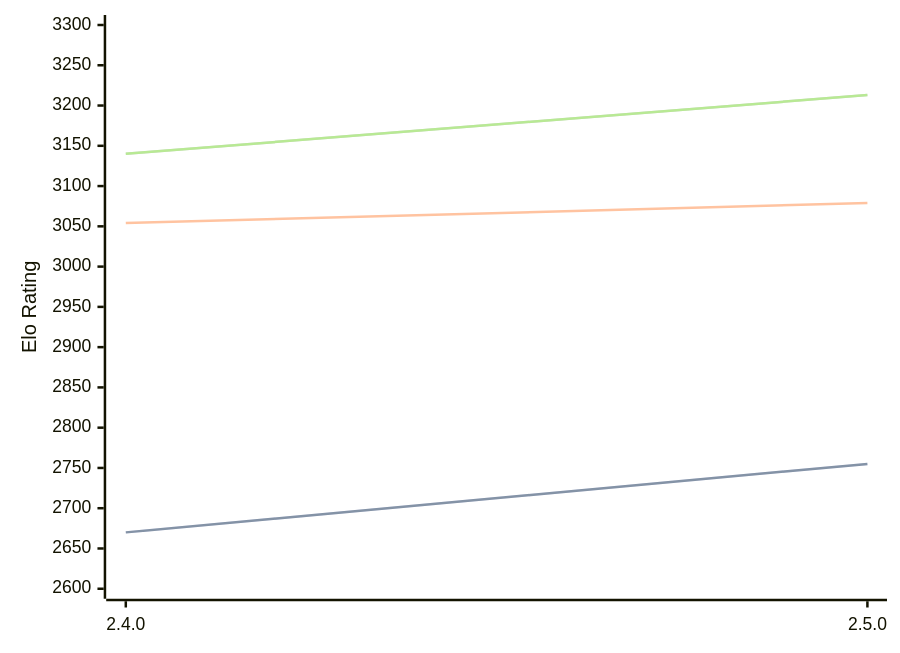
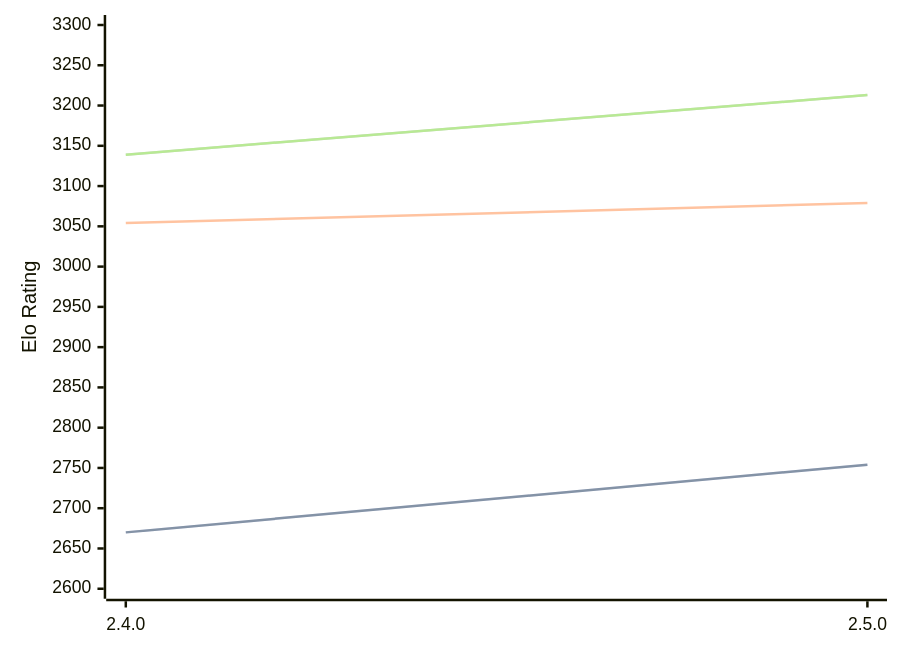
Before and after one commit to computer-chess-index/cci: the diagram in engines/Sturddle2.md, drawn with Mermaid. The commit also changed other lines of this file, not shown here.

Commit message:
Update CCI Ratings (ELO VLTC) - 2026-05-07

````diff
--- a/engines/Sturddle2.md
+++ b/engines/Sturddle2.md
@@ -37,11 +37,11 @@
 ```mermaid
 %%{init: {"theme":"base","themeVariables":{"seriesColors:['#a3a3a3','#222221','#faa371']}}}%%
 xychart-beta
   x-axis ["2.4.0", "2.5.0"]
   y-axis "Elo Rating" 2600 --> 3300
-  line "STC (8.0+0.08s)" [2670, 2755]
-  line "STC (8.0+0.08s)" [2670, 2755]
+  line "STC (8.0+0.08s)" [2670, 2754]
+  line "STC (8.0+0.08s)" [2670, 2754]
   line "LTC (60.0+0.60s)" [3054, 3079]
-  line "VLTC (2m24s+1.12s)" [3140, 3213]
-  line "VLTC (2m24s+1.12s)" [3140, 3213]
+  line "VLTC (2m24s+1.12s)" [3139, 3213]
+  line "VLTC (2m24s+1.12s)" [3139, 3213]
 ```
````
